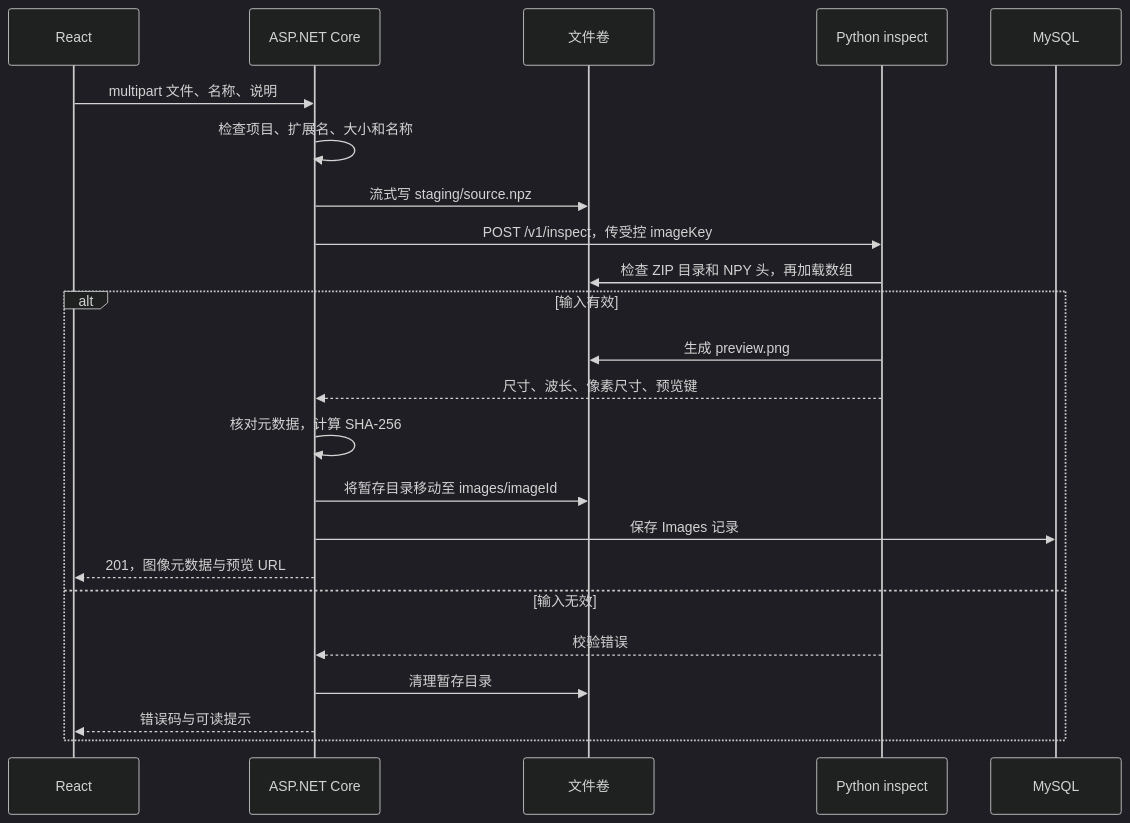
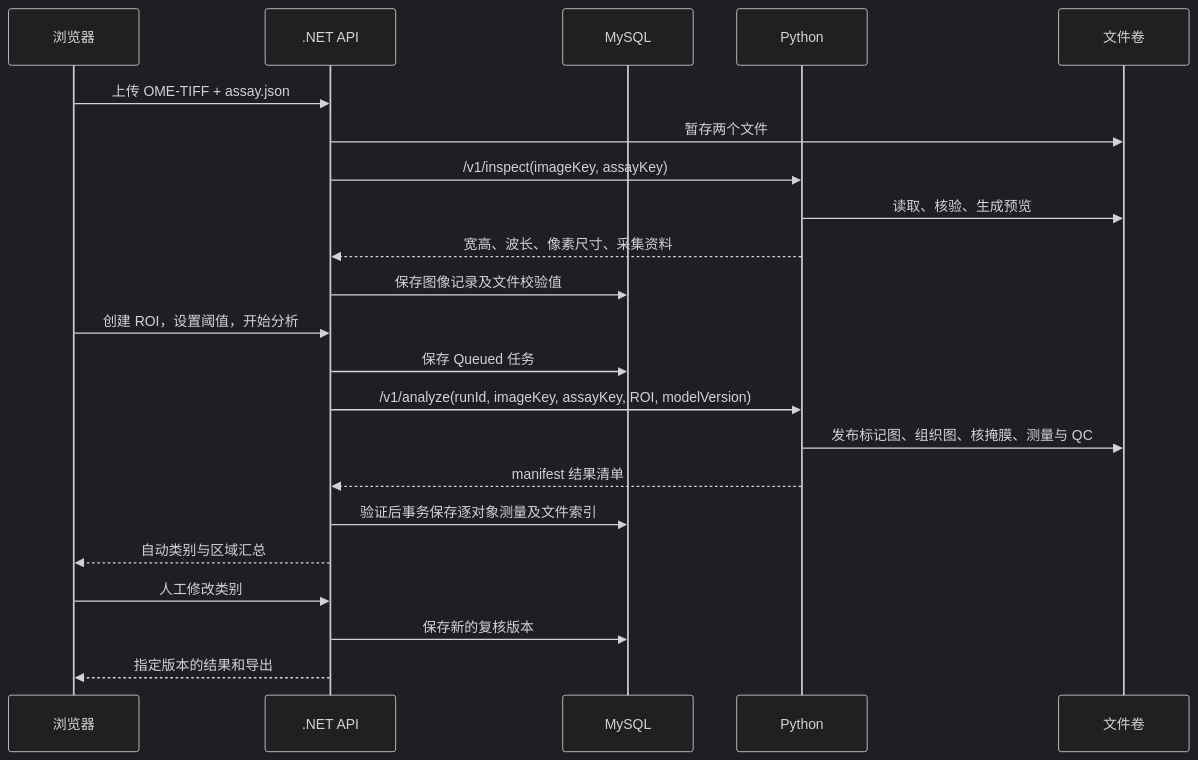
The second of 2 diagrams in docs/guide/04-实现原理与流程图.md (sjjjlol/OncoMosaic), drawn with Mermaid (dark theme) before and after one commit. The commit also changed other lines of this file and 34 other files, not shown here.

````diff
--- a/docs/guide/04-实现原理与流程图.md
+++ b/docs/guide/04-实现原理与流程图.md
@@ -11,25 +58,24 @@
 ```mermaid
 sequenceDiagram
-    participant UI as React
-    participant API as ASP.NET Core
+    participant UI as 浏览器
+    participant API as .NET API
+    participant DB as MySQL
+    participant PY as Python
     participant FS as 文件卷
-    participant PY as Python inspect
-    participant DB as MySQL
-    UI->>API: multipart 文件、名称、说明
-    API->>API: 检查项目、扩展名、大小和名称
-    API->>FS: 流式写 staging/source.npz
-    API->>PY: POST /v1/inspect，传受控 imageKey
-    PY->>FS: 检查 ZIP 目录和 NPY 头，再加载数组
-    alt 输入有效
-        PY->>FS: 生成 preview.png
-        PY-->>API: 尺寸、波长、像素尺寸、预览键
-        API->>API: 核对元数据，计算 SHA-256
-        API->>FS: 将暂存目录移动至 images/imageId
-        API->>DB: 保存 Images 记录
-        API-->>UI: 201，图像元数据与预览 URL
-    else 输入无效
-        PY-->>API: 校验错误
-        API->>FS: 清理暂存目录
-        API-->>UI: 错误码与可读提示
-    end
+    UI->>API: 上传 OME-TIFF + assay.json
+    API->>FS: 暂存两个文件
+    API->>PY: /v1/inspect(imageKey, assayKey)
+    PY->>FS: 读取、核验、生成预览
+    PY-->>API: 宽高、波长、像素尺寸、采集资料
+    API->>DB: 保存图像记录及文件校验值
+    UI->>API: 创建 ROI，设置阈值，开始分析
+    API->>DB: 保存 Queued 任务
+    API->>PY: /v1/analyze(runId, imageKey, assayKey, ROI, modelVersion)
+    PY->>FS: 发布标记图、组织图、核掩膜、测量与 QC
+    PY-->>API: manifest 结果清单
+    API->>DB: 验证后事务保存逐对象测量及文件索引
+    API-->>UI: 自动类别与区域汇总
+    UI->>API: 人工修改类别
+    API->>DB: 保存新的复核版本
+    API-->>UI: 指定版本的结果和导出
 ```
````
